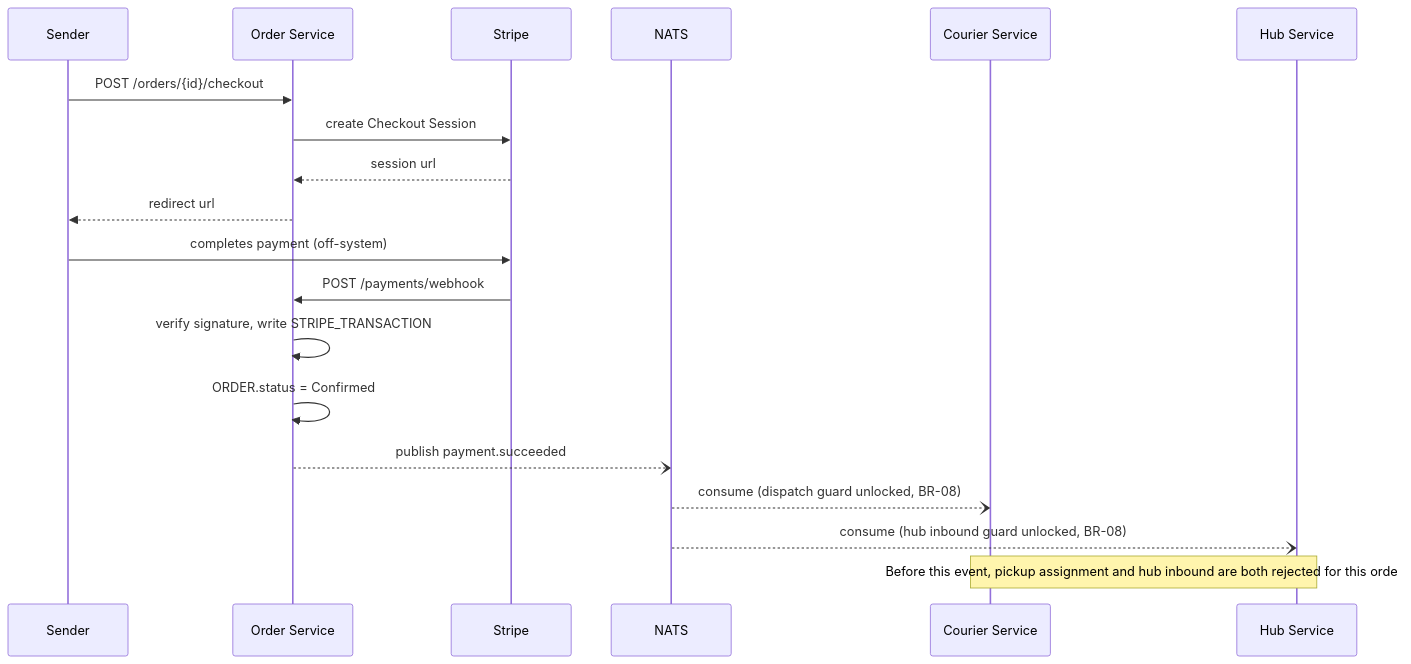
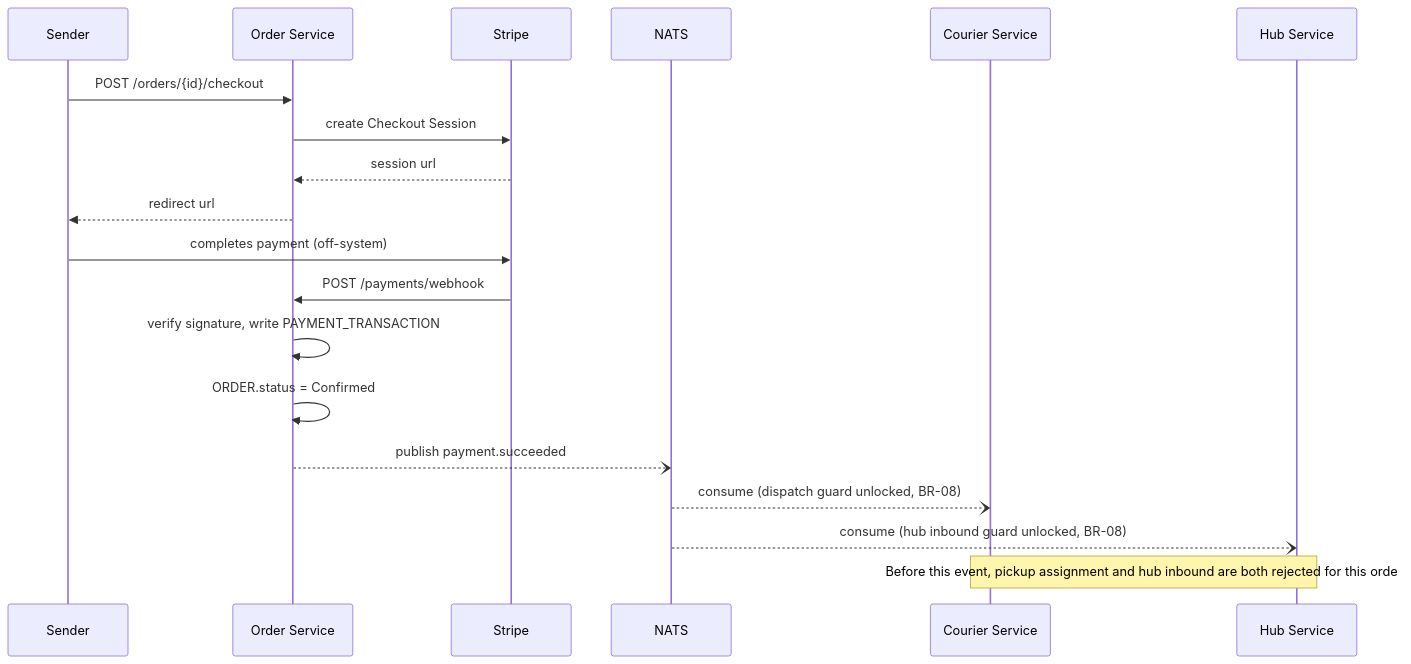
One commit to dunguyen-311201/nestjs changed the second of 3 diagrams in shipping-system/docs/lld/order-service.md. Above: the diagram before and after it, drawn with Mermaid. The commit also changed other lines of this file and 21 other files, not shown here.

````diff
--- a/shipping-system/docs/lld/order-service.md
+++ b/shipping-system/docs/lld/order-service.md
@@ -62,22 +62,22 @@
 ```mermaid
 sequenceDiagram
     participant Sender
     participant Order as Order Service
     participant Stripe
     participant NATS
     participant Courier as Courier Service
     participant Hub as Hub Service
 
     Sender->>Order: POST /orders/{id}/checkout
     Order->>Stripe: create Checkout Session
     Stripe-->>Order: session url
     Order-->>Sender: redirect url
     Sender->>Stripe: completes payment (off-system)
     Stripe->>Order: POST /payments/webhook
-    Order->>Order: verify signature, write STRIPE_TRANSACTION
+    Order->>Order: verify signature, write PAYMENT_TRANSACTION
     Order->>Order: ORDER.status = Confirmed
     Order--)NATS: publish payment.succeeded
     NATS--)Courier: consume (dispatch guard unlocked, BR-08)
     NATS--)Hub: consume (hub inbound guard unlocked, BR-08)
     Note over Courier,Hub: Before this event, pickup assignment and hub inbound are both rejected for this order
 ```
````
